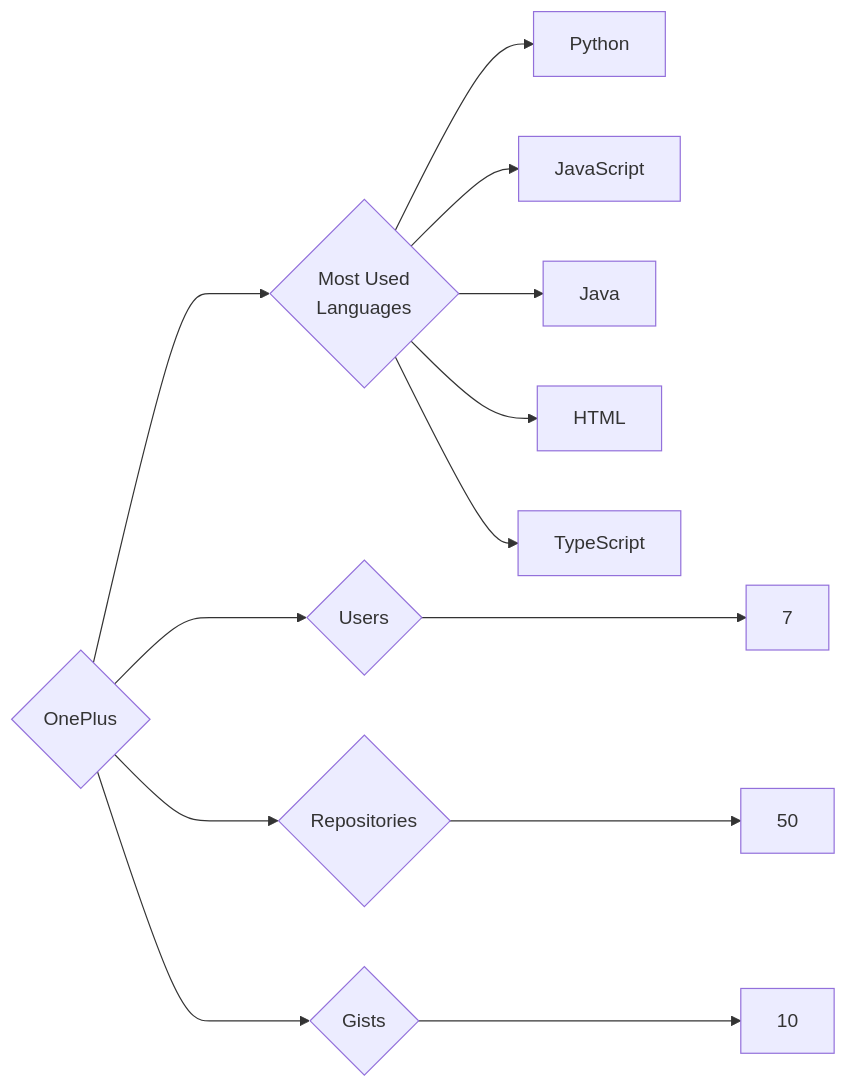
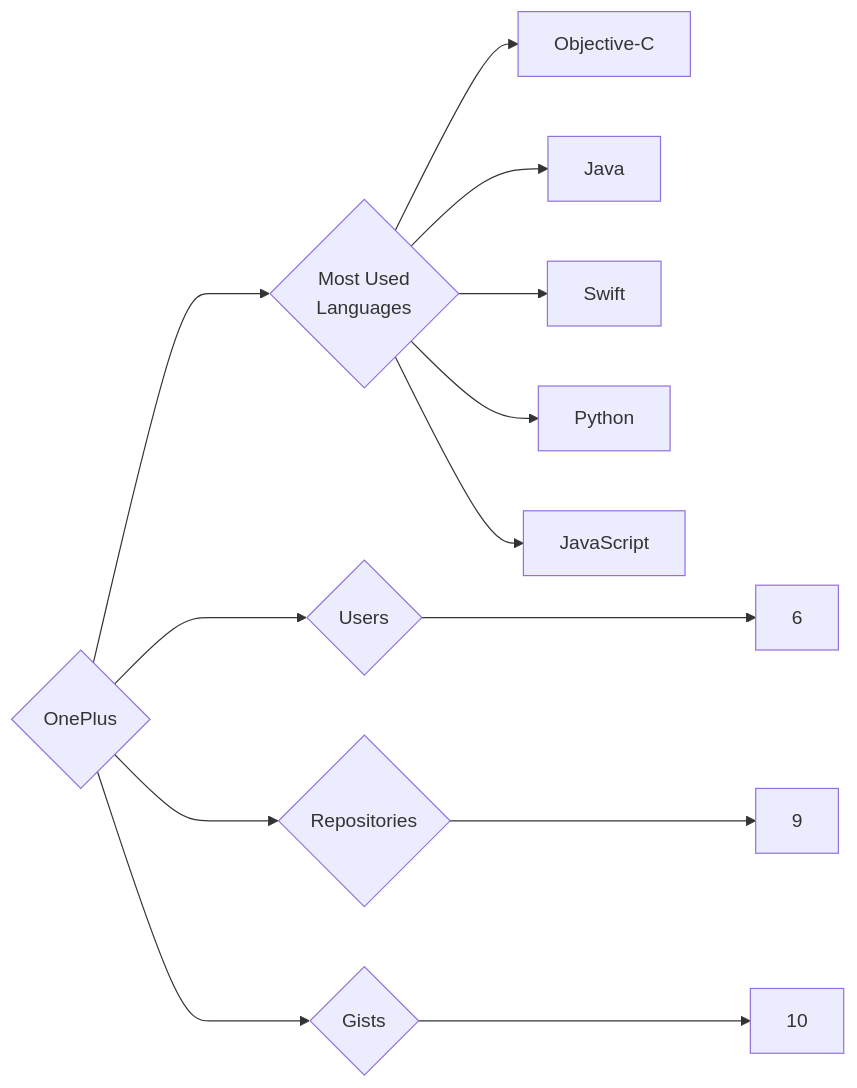
The diagram in targets/OnePlus/README.md (trickest/insiders), drawn with Mermaid before and after one commit. The commit also changed 1496 other files, not shown here.

````diff
--- a/targets/OnePlus/README.md
+++ b/targets/OnePlus/README.md
@@ -3,13 +3,13 @@
 ```mermaid
 graph LR
 COMPANY_NAME{OnePlus}
-COMPANY_NAME ---> U{Users} ---> UN[7]
-COMPANY_NAME ---> R{Repositories} ---> RN[50]
+COMPANY_NAME ---> U{Users} ---> UN[6]
+COMPANY_NAME ---> R{Repositories} ---> RN[9]
 COMPANY_NAME ---> G{Gists} ---> GN[10]
 COMPANY_NAME ---> ML{Most Used<br>Languages}
+ML --> Objective-C[Objective-C]
+ML --> Java[Java]
+ML --> Swift[Swift]
 ML --> Python[Python]
 ML --> JavaScript[JavaScript]
-ML --> Java[Java]
-ML --> HTML[HTML]
-ML --> TypeScript[TypeScript]
 ```
````
